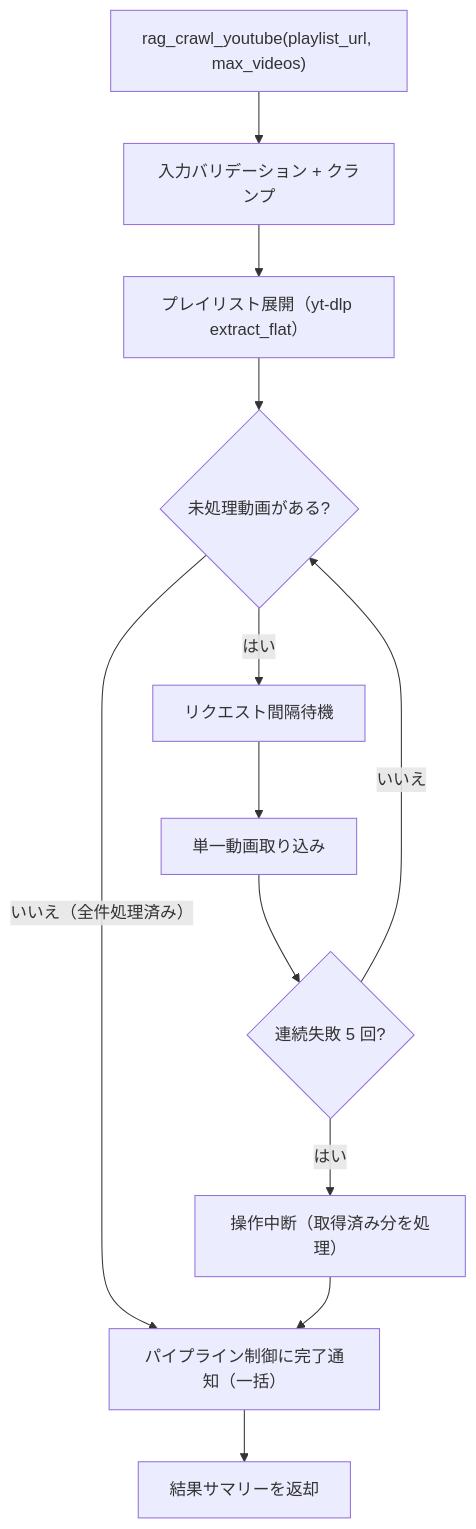
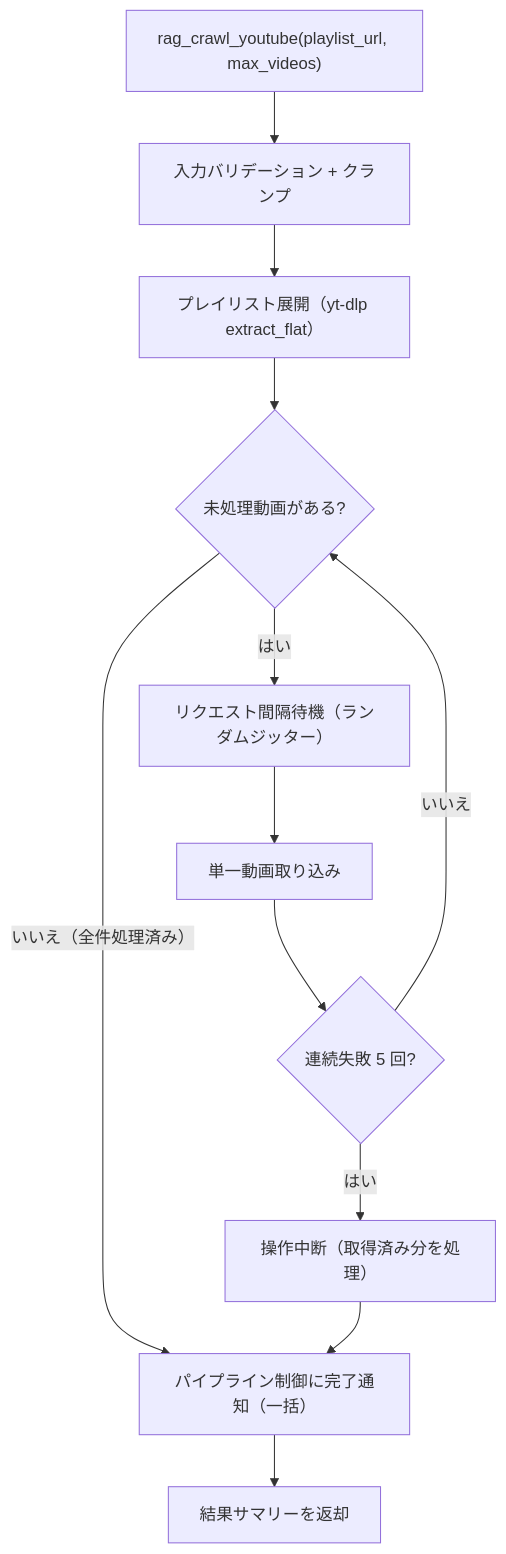
Before and after one commit to becky3/rag-knowledge: the third of 3 diagrams in docs/specs/ingesters/youtube.md, drawn with Mermaid. The commit also changed other lines of this file and 5 other files, not shown here.

````diff
--- a/docs/specs/ingesters/youtube.md
+++ b/docs/specs/ingesters/youtube.md
@@ -325,25 +325,25 @@
 ```mermaid
 flowchart TD
     START["rag_crawl_youtube(playlist_url, max_videos)"]
     VALIDATE["入力バリデーション + クランプ"]
     EXPAND["プレイリスト展開（yt-dlp extract_flat）"]
     EACH{"未処理動画がある?"}
-    WAIT["リクエスト間隔待機"]
+    WAIT["リクエスト間隔待機（ランダムジッター）"]
     INGEST["単一動画取り込み"]
     CB_CHECK{"連続失敗 5 回?"}
     NOTIFY["パイプライン制御に完了通知（一括）"]
     RESULT["結果サマリーを返却"]
     ABORT["操作中断（取得済み分を処理）"]
 
     START --> VALIDATE
     VALIDATE --> EXPAND
     EXPAND --> EACH
     EACH -->|"はい"| WAIT
     EACH -->|"いいえ（全件処理済み）"| NOTIFY
     WAIT --> INGEST
     INGEST --> CB_CHECK
     CB_CHECK -->|"はい"| ABORT
     CB_CHECK -->|"いいえ"| EACH
     ABORT --> NOTIFY
     NOTIFY --> RESULT
 ```
````
